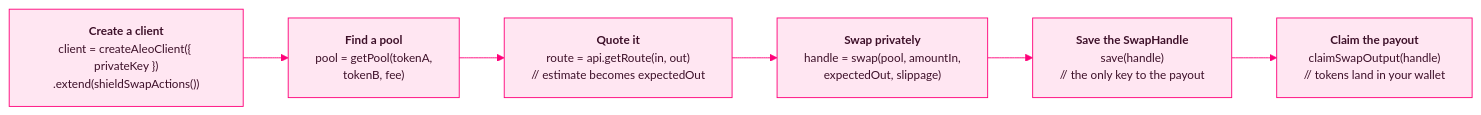
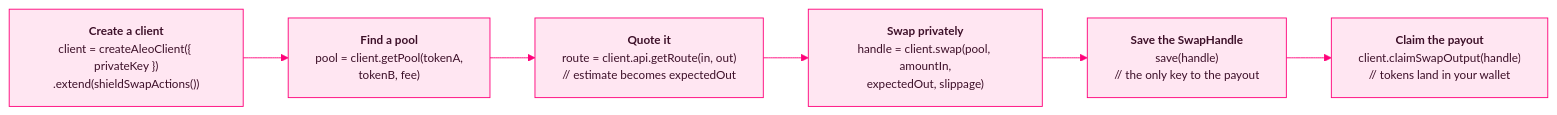
Before and after one commit to ProvableHQ/veil: the first of 2 diagrams in README.md, drawn with Mermaid. The commit also changed other lines of this file, not shown here.

Commit message:
[Docs] Prefix diagram pseudo-code with client.

````diff
--- a/README.md
+++ b/README.md
@@ -282,17 +282,17 @@
 ```mermaid
 %%{init: {"theme": "base", "themeVariables": {
   "primaryColor": "#ffe6f2",
   "primaryTextColor": "#3d1029",
   "primaryBorderColor": "#ff007a",
   "lineColor": "#ff007a",
   "edgeLabelBackground": "#fff0f7",
   "fontSize": "13px"
 }}}%%
 flowchart LR
   A["<b>Create a client</b><br/>client = createAleoClient({ privateKey })<br/>.extend(shieldSwapActions())"]
-  A --> B["<b>Find a pool</b><br/>pool = getPool(tokenA,<br/>tokenB, fee)"]
-  B --> C["<b>Quote it</b><br/>route = api.getRoute(in, out)<br/>// estimate becomes expectedOut"]
-  C --> D["<b>Swap privately</b><br/>handle = swap(pool, amountIn,<br/>expectedOut, slippage)"]
+  A --> B["<b>Find a pool</b><br/>pool = client.getPool(tokenA,<br/>tokenB, fee)"]
+  B --> C["<b>Quote it</b><br/>route = client.api.getRoute(in, out)<br/>// estimate becomes expectedOut"]
+  C --> D["<b>Swap privately</b><br/>handle = client.swap(pool, amountIn,<br/>expectedOut, slippage)"]
   D --> E["<b>Save the SwapHandle</b><br/>save(handle)<br/>// the only key to the payout"]
-  E --> F["<b>Claim the payout</b><br/>claimSwapOutput(handle)<br/>// tokens land in your wallet"]
+  E --> F["<b>Claim the payout</b><br/>client.claimSwapOutput(handle)<br/>// tokens land in your wallet"]
 ```
````
